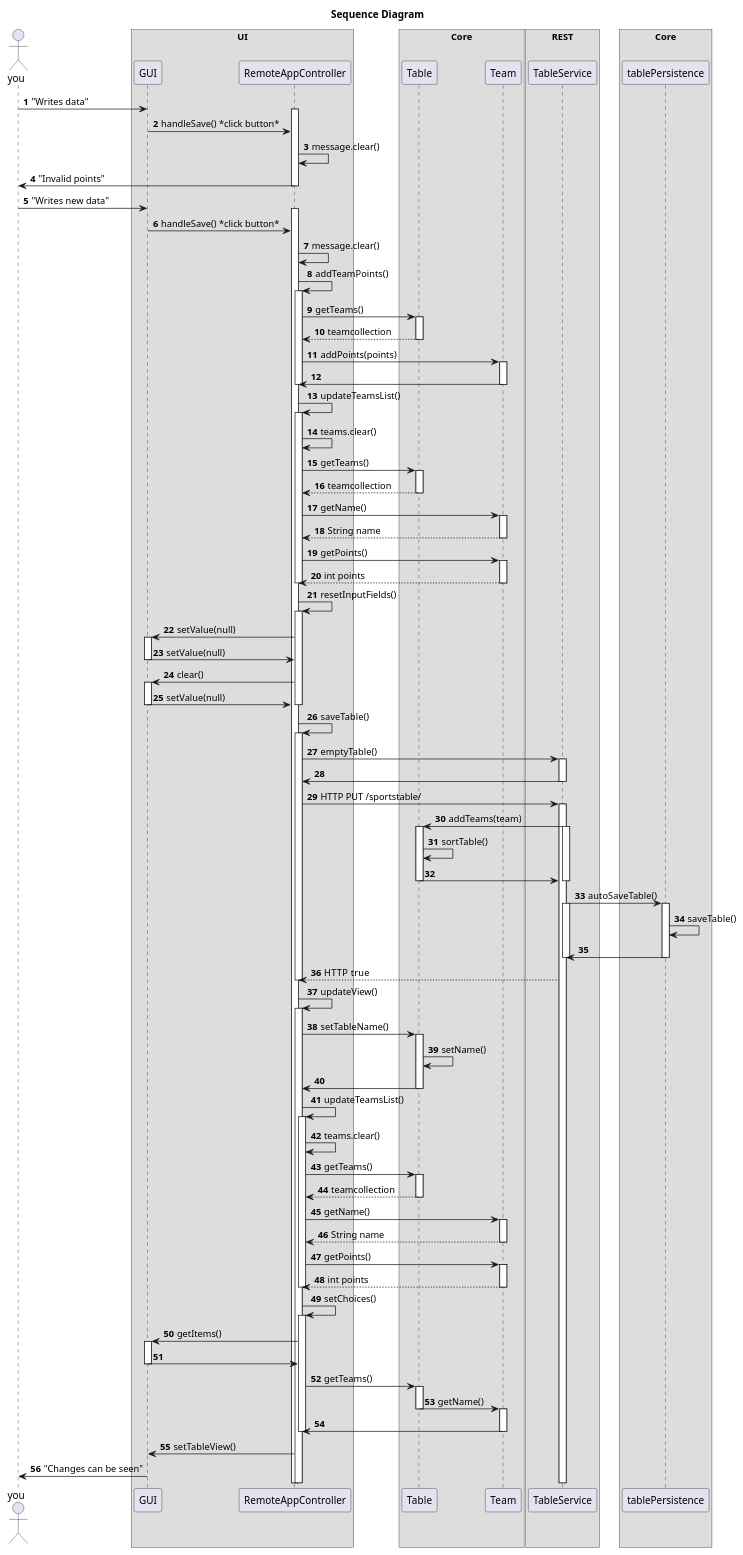
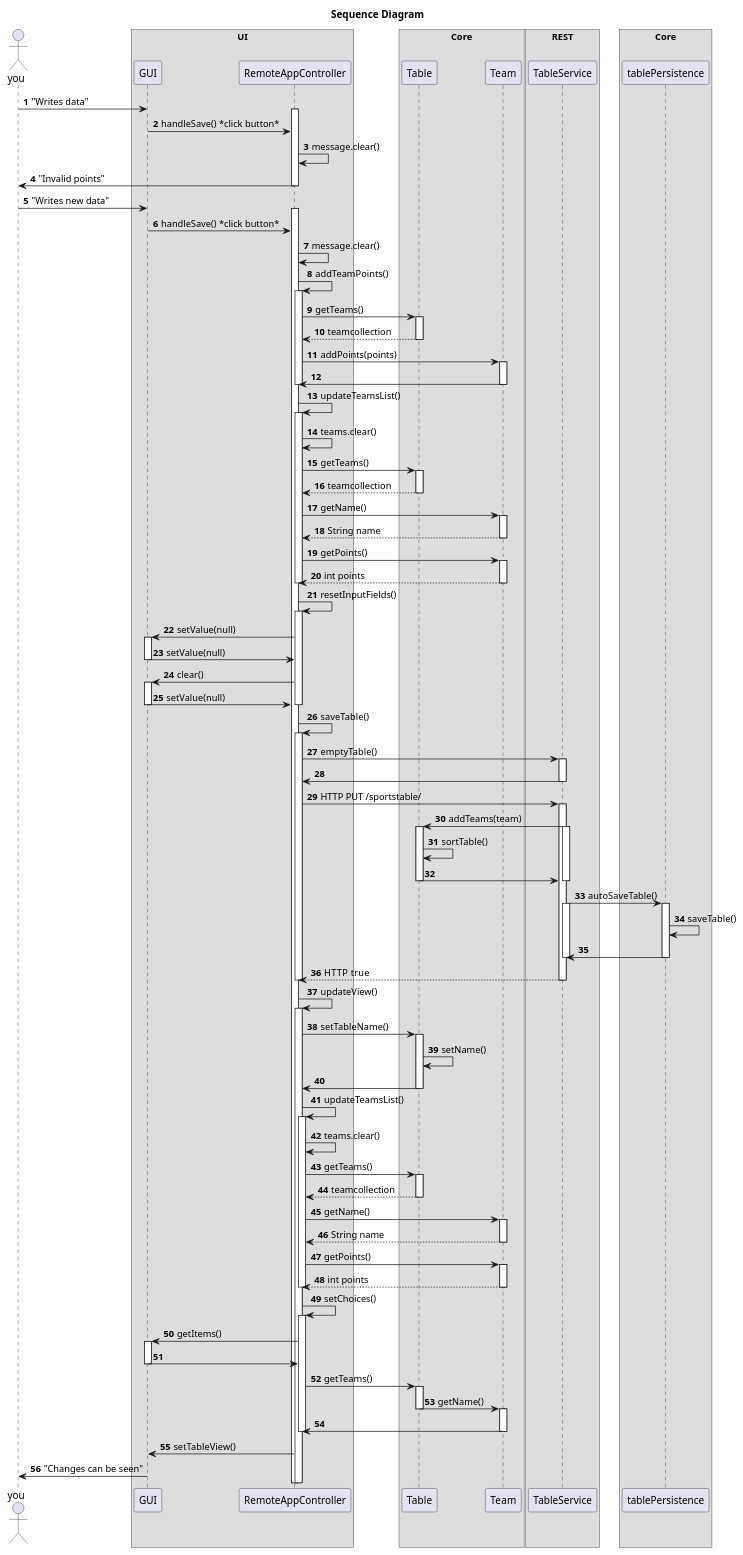
The diagram in SportsTable/docs/Diagrams/SequenceDiagram.puml (piaasbjornsen/InfProj), drawn with PlantUML before and after one commit. The commit also changed 3 other files, not shown here.

```diff
--- a/SportsTable/docs/Diagrams/SequenceDiagram.puml
+++ b/SportsTable/docs/Diagrams/SequenceDiagram.puml
@@ -1,156 +1,156 @@
 @startuml
 title Sequence Diagram
 autonumber
 Actor you
 
 box "UI"
 you -> GUI : "Writes data"
 activate RemoteAppController
 GUI -> RemoteAppController : handleSave() *click button*
 
 RemoteAppController -> RemoteAppController : message.clear()
 RemoteAppController -> you : "Invalid points"
 deactivate RemoteAppController
 
 you -> GUI : "Writes new data"
 activate RemoteAppController
 GUI -> RemoteAppController : handleSave() *click button*
 
 RemoteAppController -> RemoteAppController : message.clear()
 RemoteAppController -> RemoteAppController : addTeamPoints()
 activate RemoteAppController
 end box
 
 box Core
 RemoteAppController -> Table : getTeams()
 activate Table
 
 Table --> RemoteAppController : teamcollection
 deactivate Table
 RemoteAppController -> Team : addPoints(points)
 activate Team
 Team -> RemoteAppController
 deactivate Team
 deactivate RemoteAppController
 
 
 RemoteAppController -> RemoteAppController : updateTeamsList()
 activate RemoteAppController
 RemoteAppController -> RemoteAppController : teams.clear()
 RemoteAppController -> Table : getTeams()
 activate Table
 Table --> RemoteAppController : teamcollection
 deactivate Table
 
 RemoteAppController -> Team : getName()
 activate Team
 Team --> RemoteAppController : String name
 deactivate Team
 
 
 RemoteAppController -> Team : getPoints()
 activate Team
 Team --> RemoteAppController : int points
 deactivate Team
 deactivate RemoteAppController
 
 RemoteAppController -> RemoteAppController : resetInputFields()
 activate RemoteAppController
 RemoteAppController -> GUI : setValue(null)
 activate GUI
 GUI -> RemoteAppController : setValue(null)
 deactivate GUI
 RemoteAppController -> GUI : clear()
 activate GUI
 GUI -> RemoteAppController : setValue(null)
 deactivate GUI
 deactivate RemoteAppController
 
 
 
 
 RemoteAppController -> RemoteAppController : saveTable()
 activate RemoteAppController
 
 end box
 
 box REST
 RemoteAppController -> TableService : emptyTable()
 activate TableService
 TableService -> RemoteAppController
 ' PÅ LINJEN OVER KAN VI HA DOTTER DERSOM EMPTYTABLE() METODEN I REMOTEAPPCONTROLLER SENDER NOE TILBAKE TIL RAK ETTER Å HA SENDT REQUEST TIL REST
 deactivate TableService
 RemoteAppController -> TableService : HTTP PUT /sportstable/
 activate TableService
 
 TableService -> Table : addTeams(team)
 activate TableService
 activate Table
 Table -> Table : sortTable()
 Table -> TableService
 deactivate Table
 deactivate TableService
 end box
 box Core
 TableService -> tablePersistence : autoSaveTable()
 activate TableService
 
 
 activate tablePersistence
 tablePersistence -> tablePersistence : saveTable()
 
 tablePersistence -> TableService
 deactivate tablePersistence
 deactivate TableService
 TableService --> RemoteAppController: HTTP  true
-
+deactivate TableService
 deactivate RemoteAppController
 
 RemoteAppController -> RemoteAppController : updateView()
 activate RemoteAppController
 RemoteAppController -> Table : setTableName()
 activate Table
 Table -> Table : setName()
 Table -> RemoteAppController
 deactivate Table
 
 RemoteAppController -> RemoteAppController : updateTeamsList()
 activate RemoteAppController
 RemoteAppController -> RemoteAppController : teams.clear()
 RemoteAppController -> Table : getTeams()
 activate Table
 Table --> RemoteAppController : teamcollection
 deactivate Table
 
 RemoteAppController -> Team : getName()
 activate Team
 Team --> RemoteAppController : String name
 deactivate Team
 
 
 RemoteAppController -> Team : getPoints()
 activate Team
 Team --> RemoteAppController : int points
 deactivate RemoteAppController
 deactivate Team
 RemoteAppController -> RemoteAppController : setChoices()
 activate RemoteAppController
 
 RemoteAppController -> GUI : getItems()
 activate GUI
 GUI -> RemoteAppController
 deactivate GUI
 RemoteAppController -> Table : getTeams()
 activate Table
 Table -> Team : getName()
 deactivate Table
 activate Team
 Team -> RemoteAppController
 deactivate RemoteAppController
 deactivate Team
 
 RemoteAppController -> GUI : setTableView()
 
 GUI -> you : "Changes can be seen"
 
 @enduml
```
